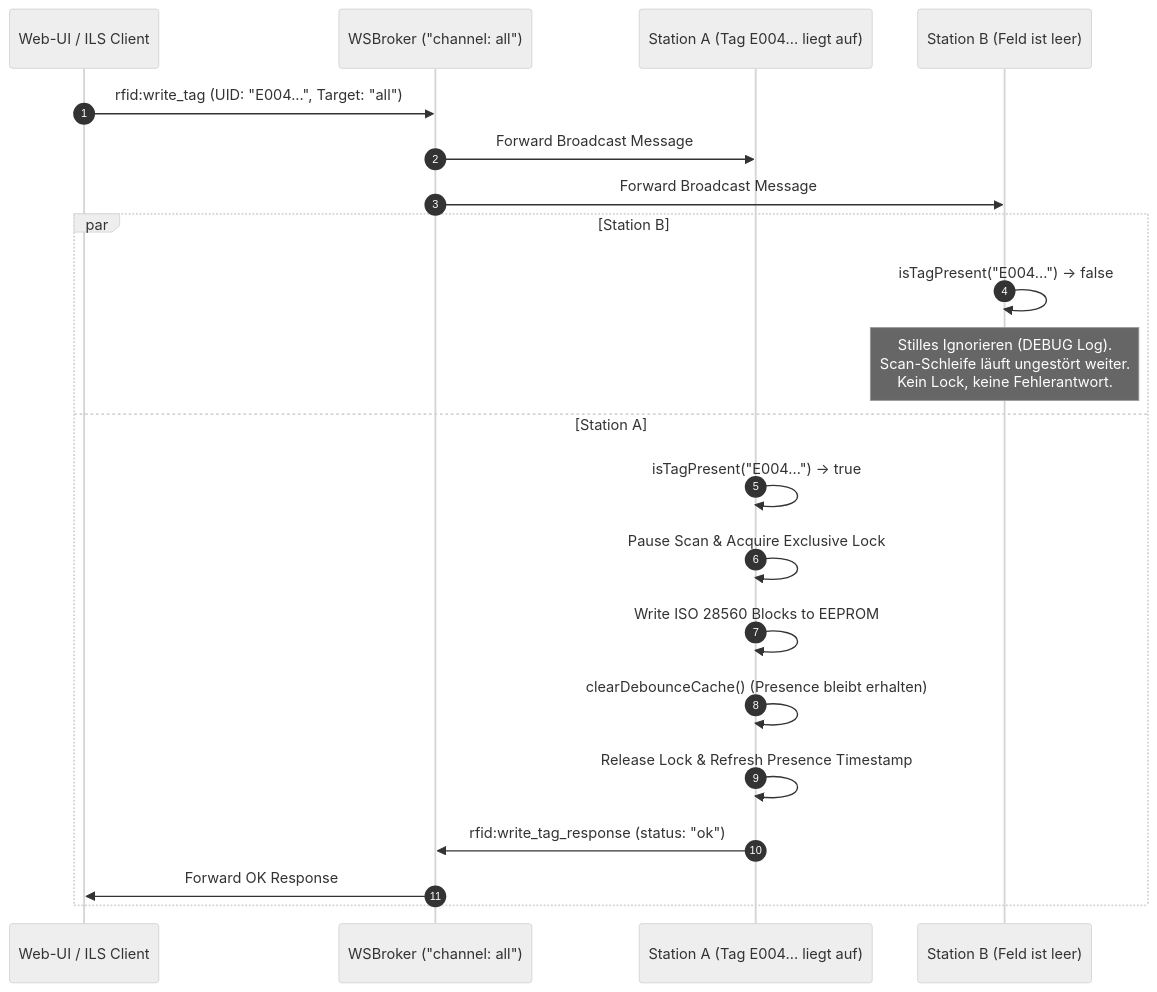
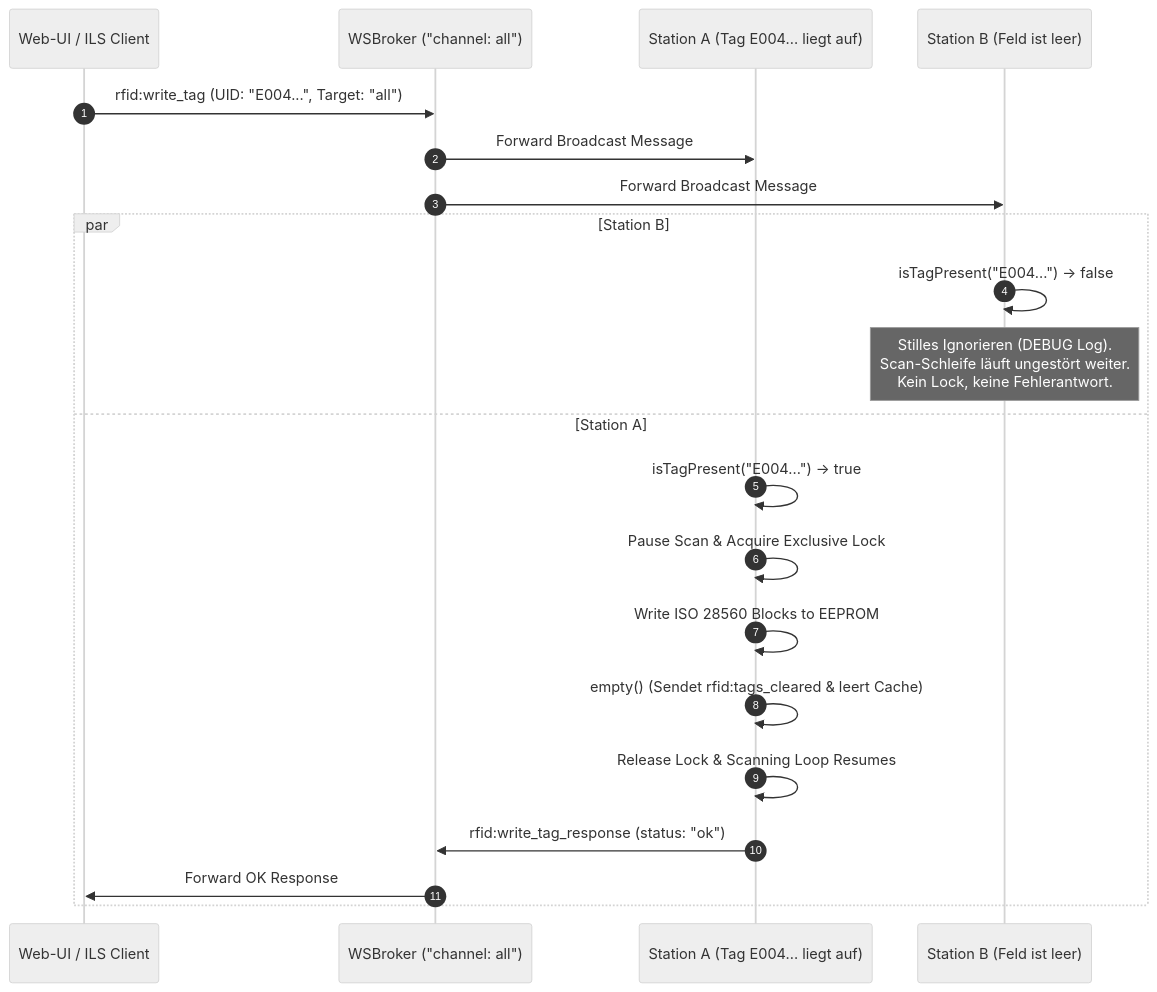
The diagram in rfid-headless/cache-architecture.md (je4/Library-RFID-Tools), drawn with Mermaid (neutral theme) before and after one commit. The commit also changed other lines of this file and 5 other files, not shown here.

Commit message:
"Dispatch `rfid:tags_cleared` notifications after write operations, refactor cache handling, and enhance test coverage for exclusive tasks."

````diff
--- a/rfid-headless/cache-architecture.md
+++ b/rfid-headless/cache-architecture.md
@@ -94,25 +94,25 @@
 ```mermaid
 sequenceDiagram
     autonumber
     participant Client as Web-UI / ILS Client
     participant Broker as WSBroker ("channel: all")
     participant StationA as Station A (Tag E004... liegt auf)
     participant StationB as Station B (Feld ist leer)
 
     Client->>Broker: rfid:write_tag (UID: "E004...", Target: "all")
     Broker->>StationA: Forward Broadcast Message
     Broker->>StationB: Forward Broadcast Message
 
     par Station B
         StationB->>StationB: isTagPresent("E004...") -> false
         Note over StationB: Stilles Ignorieren (DEBUG Log).<br/>Scan-Schleife läuft ungestört weiter.<br/>Kein Lock, keine Fehlerantwort.
     and Station A
         StationA->>StationA: isTagPresent("E004...") -> true
         StationA->>StationA: Pause Scan & Acquire Exclusive Lock
         StationA->>StationA: Write ISO 28560 Blocks to EEPROM
-        StationA->>StationA: clearDebounceCache() (Presence bleibt erhalten)
-        StationA->>StationA: Release Lock & Refresh Presence Timestamp
+        StationA->>StationA: empty() (Sendet rfid:tags_cleared & leert Cache)
+        StationA->>StationA: Release Lock & Scanning Loop Resumes
         StationA->>Broker: rfid:write_tag_response (status: "ok")
         Broker->>Client: Forward OK Response
     end
 ```
````
